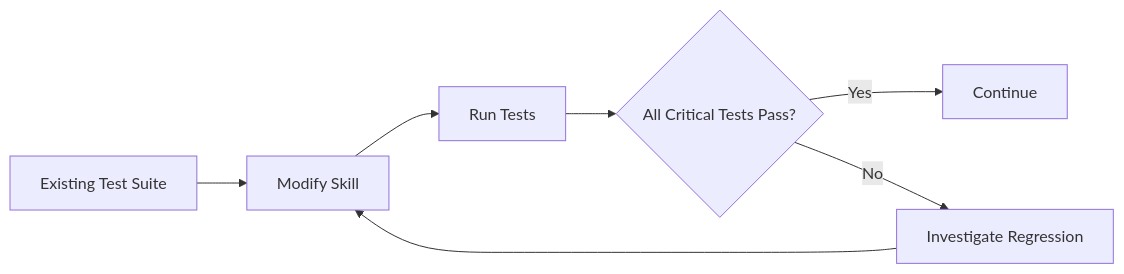
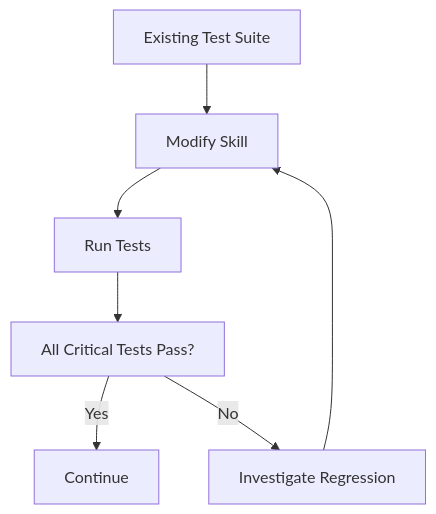
One commit to Amie-dev/FDE-and-GenAI-Mastery changed diagram 15 of 17 in Lecture 23 - Claude Skills/notes/03-testing-iteration-and-evaluation-strategies.md. Above: the diagram before and after it, drawn with Mermaid. The commit also changed other lines of this file and 6 other files, not shown here.

````diff
--- a/Lecture 23 - Claude Skills/notes/03-testing-iteration-and-evaluation-strategies.md
+++ b/Lecture 23 - Claude Skills/notes/03-testing-iteration-and-evaluation-strategies.md
@@ -763,9 +848,9 @@
 ```mermaid
-flowchart LR
-    A["Existing Test Suite"] --> B["Modify Skill"]
-    B --> C["Run Tests"]
-    C --> D{"All Critical Tests Pass?"}
-    D -->|Yes| E["Continue"]
-    D -->|No| F["Investigate Regression"]
-    F --> B
+flowchart TB
+    EXISTING["Existing Test Suite"] --> MODIFY["Modify Skill"]
+    MODIFY --> RUN["Run Tests"]
+    RUN --> PASS["All Critical Tests Pass?"]
+    PASS -->|Yes| CONTINUE["Continue"]
+    PASS -->|No| INVESTIGATE["Investigate Regression"]
+    INVESTIGATE --> MODIFY
 ```
````
